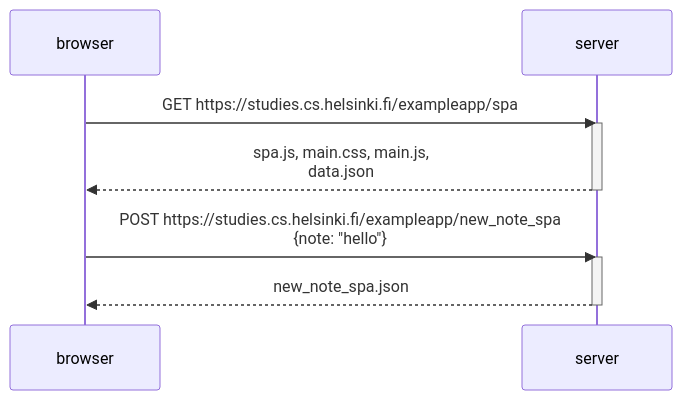
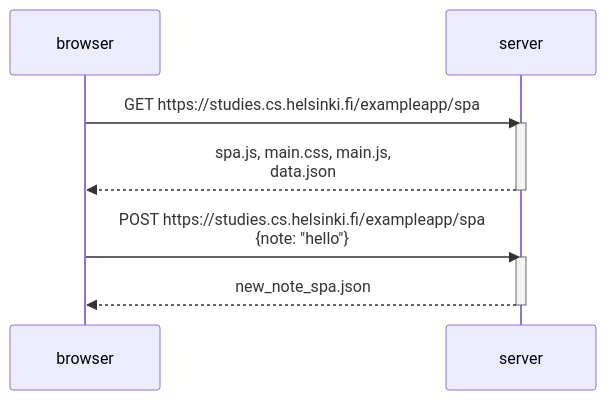
One commit to luislndch/course_excercises changed the diagram in part0/Excercise_0.6.md. Above: the diagram before and after it, drawn with Mermaid.

````diff
--- a/part0/Excercise_0.6.md
+++ b/part0/Excercise_0.6.md
@@ -1,16 +1,16 @@
 ```mermaid
 sequenceDiagram
 
 participant browser
 participant server
 
 browser->>server: GET https://studies.cs.helsinki.fi/exampleapp/spa
 activate server
 server-->>browser: spa.js, main.css, main.js,<br>data.json
 deactivate server
 
-browser->>server: POST https://studies.cs.helsinki.fi/exampleapp/new_note_spa <br>{note: "hello"}
+browser->>server: POST https://studies.cs.helsinki.fi/exampleapp/spa <br>{note: "hello"}
 activate server
 server-->>browser: new_note_spa.json
 deactivate server
 ```
````
